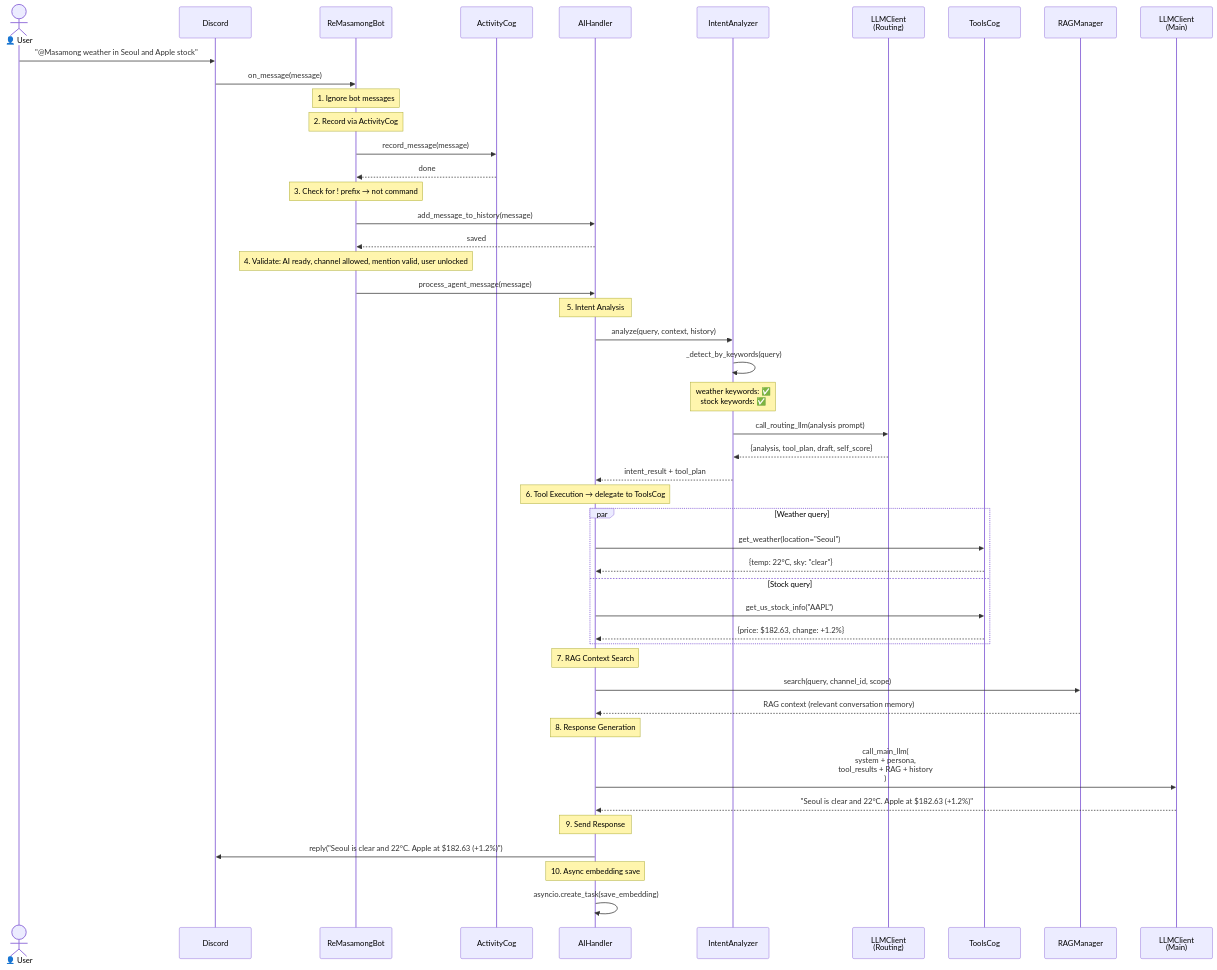
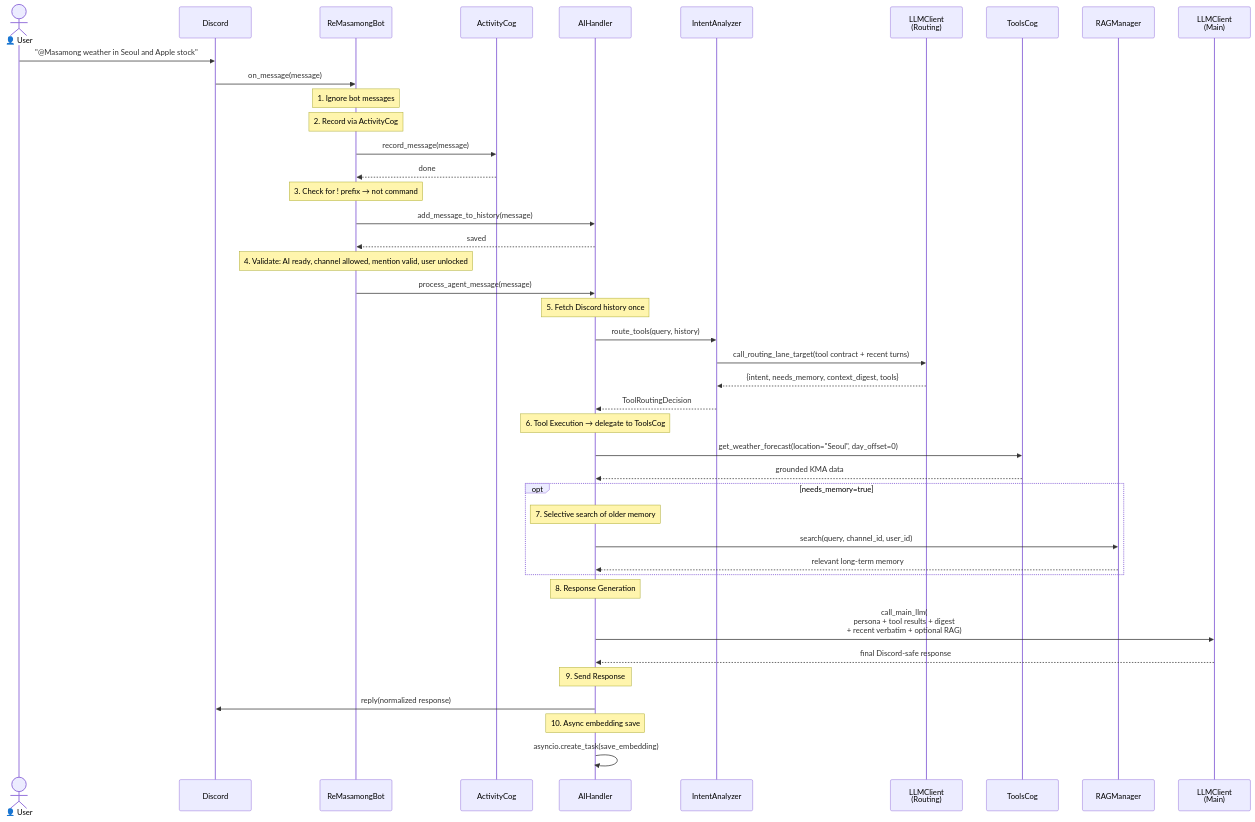
One commit to kim0040/masamong changed the eighth of 15 diagrams in docs/ARCHITECTURE.en.md. Above: the diagram before and after it, drawn with Mermaid. The commit also changed other lines of this file and 30 other files, not shown here.

Commit message:
Optimize semantic routing, memory context, and TiDB usage

````diff
--- a/docs/ARCHITECTURE.en.md
+++ b/docs/ARCHITECTURE.en.md
@@ -313,69 +309,60 @@
 ```mermaid
 sequenceDiagram
     actor User as 👤 User
     participant Discord as Discord
     participant Bot as ReMasamongBot
     participant Activity as ActivityCog
     participant AI as AIHandler
     participant Intent as IntentAnalyzer
     participant LLMR as LLMClient<br/>(Routing)
     participant Tools as ToolsCog
     participant RAG as RAGManager
     participant LLMM as LLMClient<br/>(Main)
 
     User->>Discord: "@Masamong weather in Seoul and Apple stock"
     Discord->>Bot: on_message(message)
 
     Note over Bot: 1. Ignore bot messages
     Note over Bot: 2. Record via ActivityCog
 
     Bot->>Activity: record_message(message)
     Activity-->>Bot: done
 
     Note over Bot: 3. Check for ! prefix → not command
 
     Bot->>AI: add_message_to_history(message)
     AI-->>Bot: saved
 
     Note over Bot: 4. Validate: AI ready, channel allowed, mention valid, user unlocked
 
     Bot->>AI: process_agent_message(message)
 
-    Note over AI: 5. Intent Analysis
-    AI->>Intent: analyze(query, context, history)
-
-    Intent->>Intent: _detect_by_keywords(query)
-    Note over Intent: weather keywords: ✅<br/>stock keywords: ✅
-
-    Intent->>LLMR: call_routing_llm(analysis prompt)
-    LLMR-->>Intent: {analysis, tool_plan, draft, self_score}
-
-    Intent-->>AI: intent_result + tool_plan
+    Note over AI: 5. Fetch Discord history once
+    AI->>Intent: route_tools(query, history)
+    Intent->>LLMR: call_routing_lane_target(tool contract + recent turns)
+    LLMR-->>Intent: {intent, needs_memory, context_digest, tools}
+    Intent-->>AI: ToolRoutingDecision
 
     Note over AI: 6. Tool Execution → delegate to ToolsCog
 
-    par Weather query
-        AI->>Tools: get_weather(location="Seoul")
-        Tools-->>AI: {temp: 22°C, sky: "clear"}
-    and Stock query
-        AI->>Tools: get_us_stock_info("AAPL")
-        Tools-->>AI: {price: $182.63, change: +1.2%}
+    AI->>Tools: get_weather_forecast(location="Seoul", day_offset=0)
+    Tools-->>AI: grounded KMA data
+
+    opt needs_memory=true
+        Note over AI: 7. Selective search of older memory
+        AI->>RAG: search(query, channel_id, user_id)
+        RAG-->>AI: relevant long-term memory
     end
-
-    Note over AI: 7. RAG Context Search
-
-    AI->>RAG: search(query, channel_id, scope)
-    RAG-->>AI: RAG context (relevant conversation memory)
 
     Note over AI: 8. Response Generation
 
-    AI->>LLMM: call_main_llm(<br/>  system + persona,<br/>  tool_results + RAG + history<br/>)
-    LLMM-->>AI: "Seoul is clear and 22°C. Apple at $182.63 (+1.2%)"
+    AI->>LLMM: call_main_llm(<br/>persona + tool results + digest<br/>+ recent verbatim + optional RAG)
+    LLMM-->>AI: final Discord-safe response
 
     Note over AI: 9. Send Response
 
-    AI->>Discord: reply("Seoul is clear and 22°C. Apple at $182.63 (+1.2%)")
+    AI->>Discord: reply(normalized response)
 
     Note over AI: 10. Async embedding save
     AI->>AI: asyncio.create_task(save_embedding)
 ```
````
